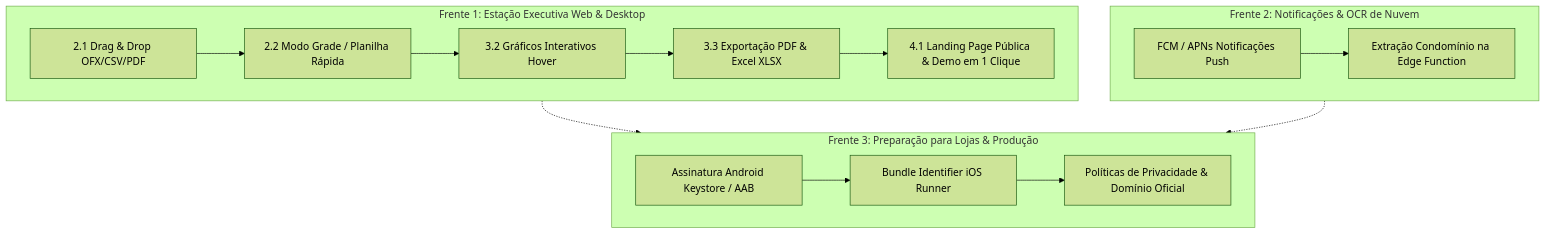
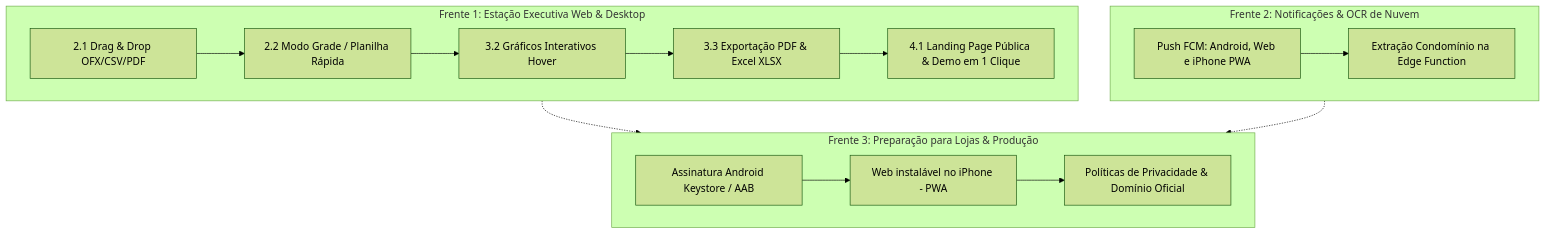
One commit to kelcalegari/OmniLar changed the second of 2 diagrams in Documentacao/plano_diretor_unificado.md. Above: the diagram before and after it, drawn with Mermaid (forest theme). The commit also changed other lines of this file and 3 other files, not shown here.

First line of the commit message:
docs: use the installed web app on iPhone instead of the App Store

````diff
--- a/Documentacao/plano_diretor_unificado.md
+++ b/Documentacao/plano_diretor_unificado.md
@@ -55,21 +55,21 @@
 ```mermaid
 flowchart TD
     subgraph BlocoA["Frente 1: Estação Executiva Web & Desktop"]
         W1[2.1 Drag & Drop OFX/CSV/PDF] --> W2[2.2 Modo Grade / Planilha Rápida]
         W2 --> W3[3.2 Gráficos Interativos Hover]
         W3 --> W4[3.3 Exportação PDF & Excel XLSX]
         W4 --> W5[4.1 Landing Page Pública & Demo em 1 Clique]
     end
 
     subgraph BlocoB["Frente 2: Notificações & OCR de Nuvem"]
-        M1[FCM / APNs Notificações Push] --> M2[Extração Condomínio na Edge Function]
+        M1[Push FCM: Android, Web e iPhone PWA] --> M2[Extração Condomínio na Edge Function]
     end
 
     subgraph BlocoC["Frente 3: Preparação para Lojas & Produção"]
-        P1[Assinatura Android Keystore / AAB] --> P2[Bundle Identifier iOS Runner]
+        P1[Assinatura Android Keystore / AAB] --> P2[Web instalável no iPhone - PWA]
         P2 --> P3[Políticas de Privacidade & Domínio Oficial]
     end
 
     BlocoA -.-> BlocoC
     BlocoB -.-> BlocoC
 ```
````
